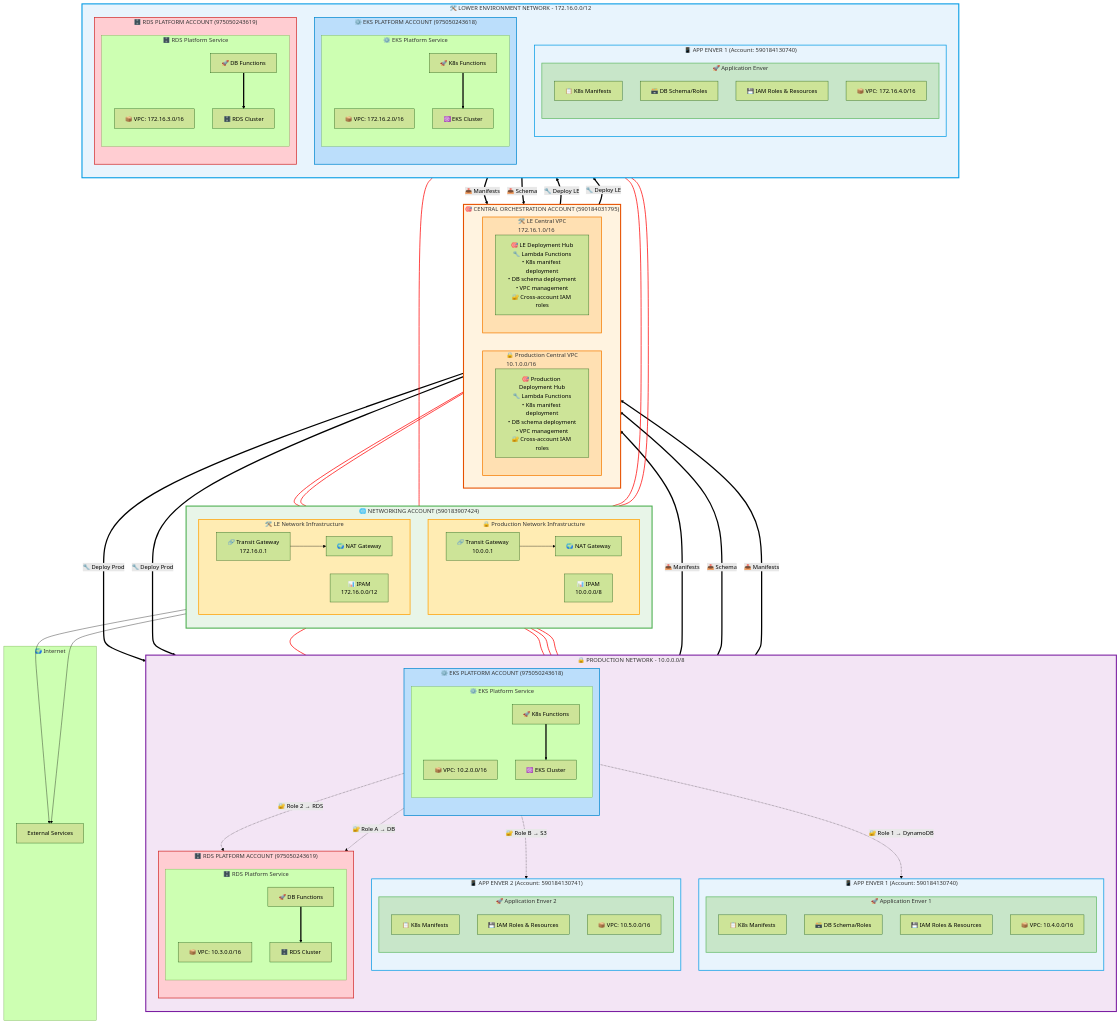
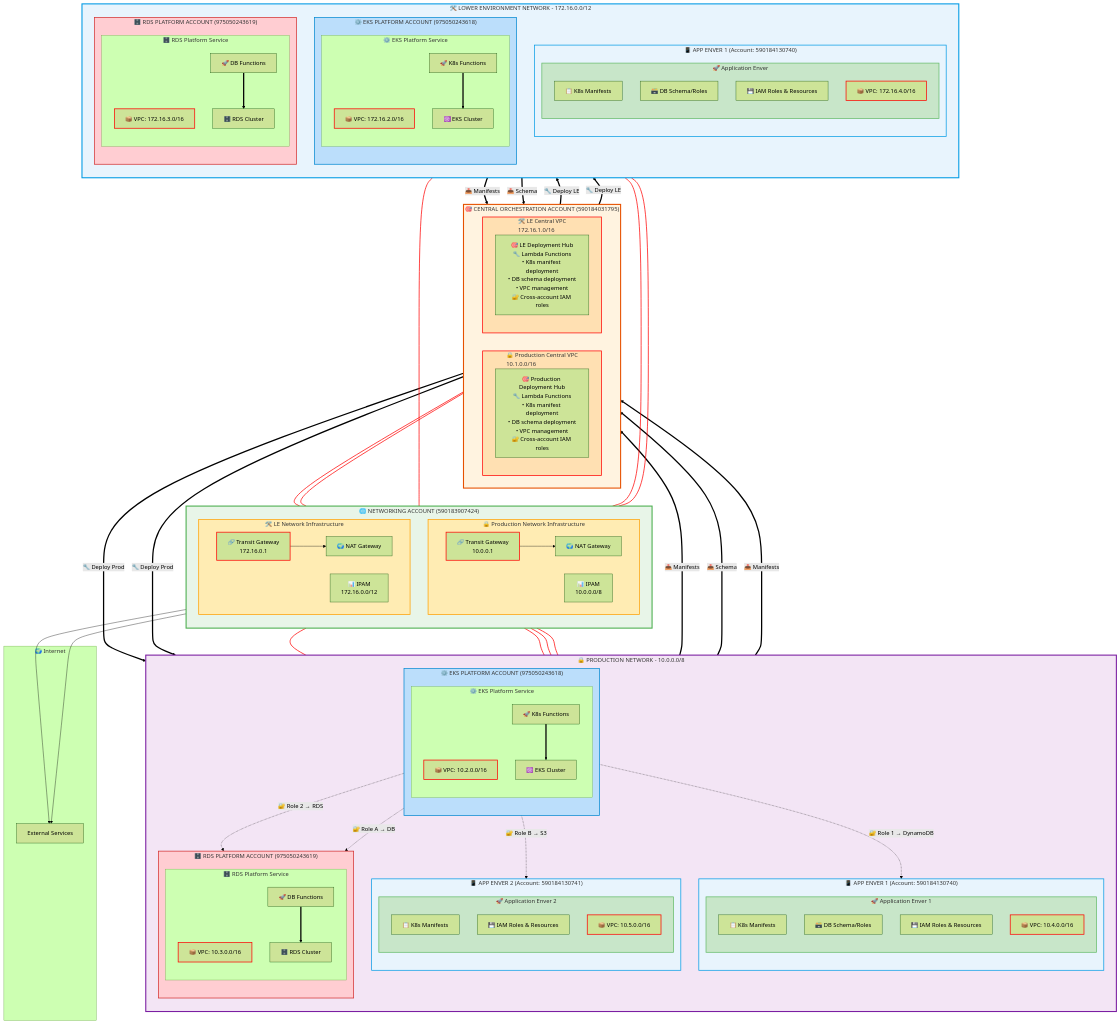
The diagram in diagrams/multi-account-network-architecture.mmd (ondemandenv/ondemandenv.github.io), drawn with Mermaid (forest theme) before and after one commit.

Commit message:
feat: Style TGW and VPC elements in diagram red
This change modifies the Mermaid diagram in `embracing-application-centric-infrastructure-cloud-2.md`.

Specifically, it:
- Changes the outline color of all Transit Gateway (TGW) and Virtual Private Cloud (VPC) shapes to red.
- Changes the color of the lines connecting TGWs and VPCs to red.
- Preserves the existing color theme for all other elements in the diagram.

```diff
--- a/diagrams/multi-account-network-architecture.mmd
+++ b/diagrams/multi-account-network-architecture.mmd
@@ -230,12 +230,24 @@
     style LEEnver1 fill:#c8e6c9,stroke:#66bb6a,stroke-width:2px
     
     %% Central VPC styling
-    style ProdCentralVPC fill:#ffe0b2,stroke:#f57c00,stroke-width:2px
-    style LECentralVPC fill:#ffe0b2,stroke:#f57c00,stroke-width:2px
+    style ProdCentralVPC fill:#ffe0b2,stroke:red,stroke-width:2px
+    style LECentralVPC fill:#ffe0b2,stroke:red,stroke-width:2px
     
+    %% TGW and VPC node styling
+    style TGWProd stroke:red,stroke-width:2px
+    style TGWLE stroke:red,stroke-width:2px
+    style EKSVPCProd stroke:red,stroke-width:2px
+    style RDSVPCProd stroke:red,stroke-width:2px
+    style App1VPCProd stroke:red,stroke-width:2px
+    style App2VPCProd stroke:red,stroke-width:2px
+    style EKSVPCLENet stroke:red,stroke-width:2px
+    style RDSVPCLENet stroke:red,stroke-width:2px
+    style App1VPCLENet stroke:red,stroke-width:2px
+
     %% Network infrastructure styling
     style ProdNetInfra fill:#ffecb3,stroke:#ffa000,stroke-width:2px
     style LENetInfra fill:#ffecb3,stroke:#ffa000,stroke-width:2px
 
     %% TGW to VPC link styling
+    %% This style makes the TGW-VPC connections red, as requested.
     linkStyle 0,1,2,3,4,5,6,7,8 stroke:red,stroke-width:2px
```
